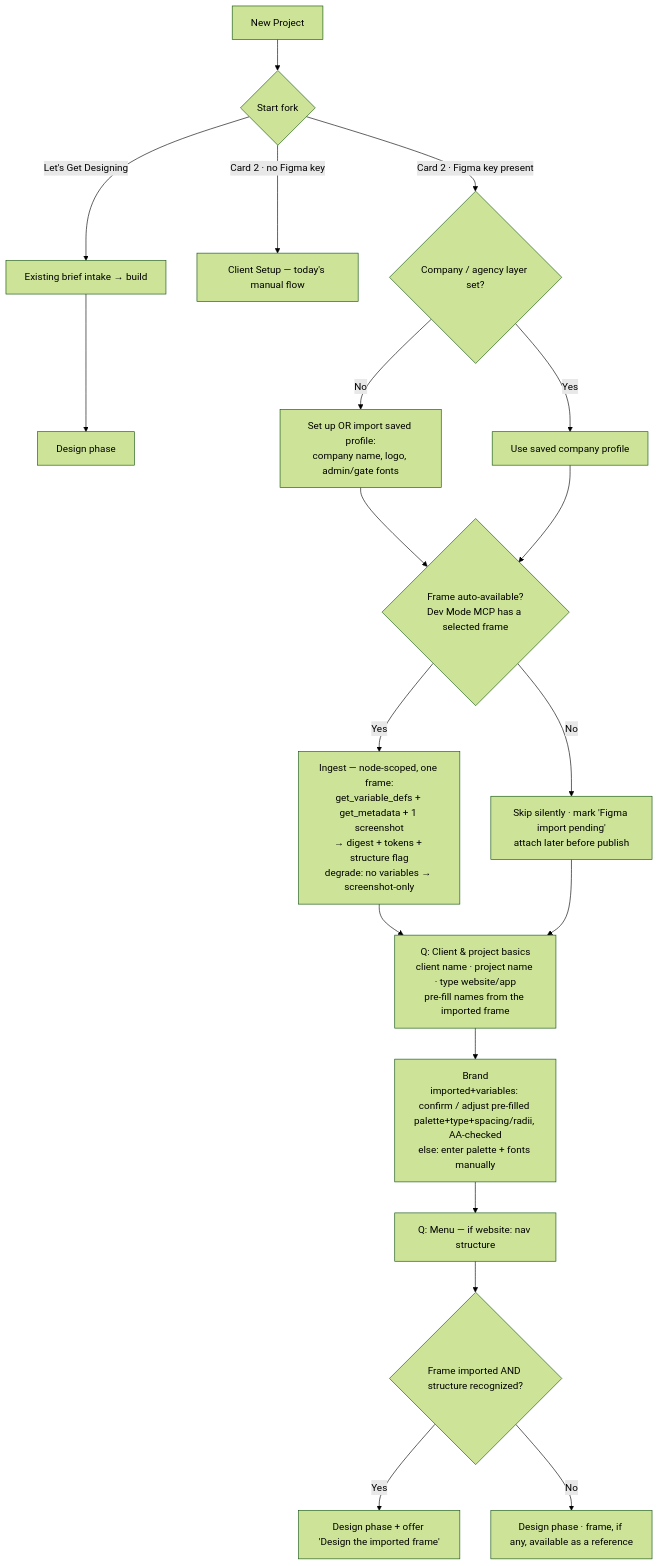
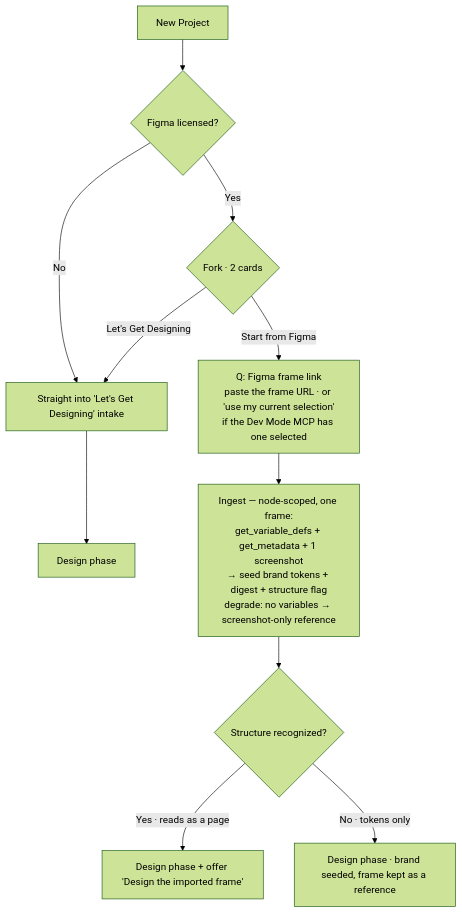
Before and after one commit to thinkany/vercel-design-template: the diagram in docs/onboarding-figma-reframe-spec.md, drawn with Mermaid (forest theme). The commit also changed other lines of this file, not shown here.

First line of the commit message:
docs: finalize onboarding reframe — Figma-licensed fork, else straight to Get Designing

````diff
--- a/docs/onboarding-figma-reframe-spec.md
+++ b/docs/onboarding-figma-reframe-spec.md
@@ -43,20 +35,13 @@
 ```mermaid
 flowchart TD
-  A[New Project] --> B{Start fork}
-  B -->|Let's Get Designing| G[Existing brief intake → build] --> KG[Design phase]
-  B -->|Card 2 · no Figma key| MC[Client Setup — today's manual flow]
-  B -->|Card 2 · Figma key present| C{Company / agency layer set?}
-  C -->|No| C1[Set up OR import saved profile:<br/>company name, logo, admin/gate fonts]
-  C -->|Yes| C2[Use saved company profile]
-  C1 --> D{Frame auto-available?<br/>Dev Mode MCP has a selected frame}
-  C2 --> D
-  D -->|Yes| F[Ingest — node-scoped, one frame:<br/>get_variable_defs + get_metadata + 1 screenshot<br/>→ digest + tokens + structure flag<br/>degrade: no variables → screenshot-only]
-  D -->|No| S[Skip silently · mark 'Figma import pending'<br/>attach later before publish]
-  F --> H[Q: Client & project basics<br/>client name · project name · type website/app<br/>pre-fill names from the imported frame]
-  S --> H
-  H --> I[Brand<br/>imported+variables: confirm / adjust pre-filled palette+type+spacing/radii, AA-checked<br/>else: enter palette + fonts manually]
-  I --> J[Q: Menu — if website: nav structure]
-  J --> K{Frame imported AND structure recognized?}
-  K -->|Yes| K1[Design phase + offer 'Design the imported frame']
-  K -->|No| K2[Design phase · frame, if any, available as a reference]
+  A[New Project] --> L{Figma licensed?}
+  L -->|No| GI[Straight into 'Let's Get Designing' intake]
+  L -->|Yes| B{Fork · 2 cards}
+  B -->|Let's Get Designing| GI
+  B -->|Start from Figma| U[Q: Figma frame link<br/>paste the frame URL · or 'use my current selection'<br/>if the Dev Mode MCP has one selected]
+  GI --> DP[Design phase]
+  U --> F[Ingest — node-scoped, one frame:<br/>get_variable_defs + get_metadata + 1 screenshot<br/>→ seed brand tokens + digest + structure flag<br/>degrade: no variables → screenshot-only reference]
+  F --> K{Structure recognized?}
+  K -->|Yes · reads as a page| K1[Design phase + offer 'Design the imported frame']
+  K -->|No · tokens only| K2[Design phase · brand seeded, frame kept as a reference]
 ```
````
